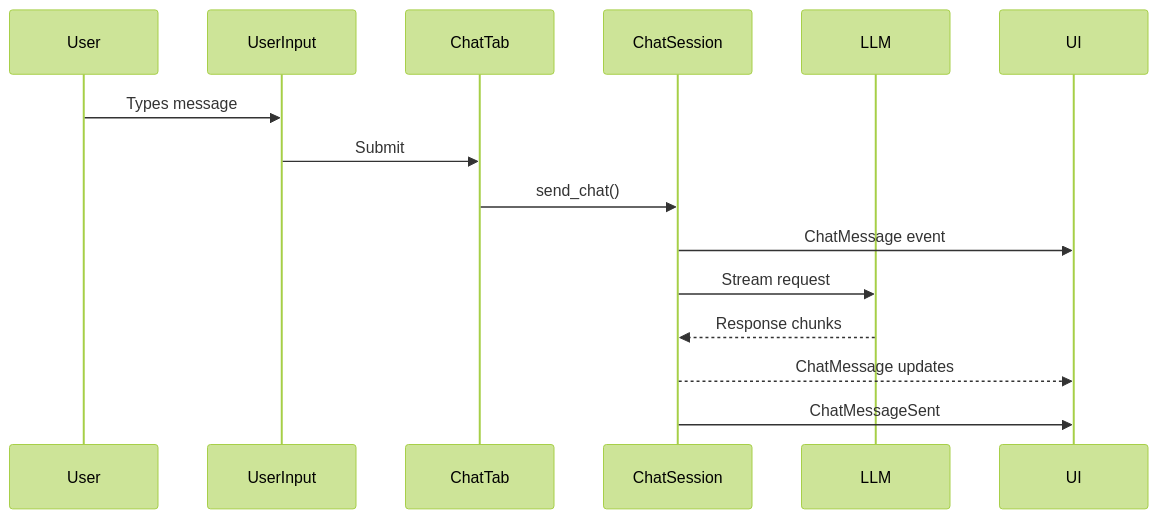
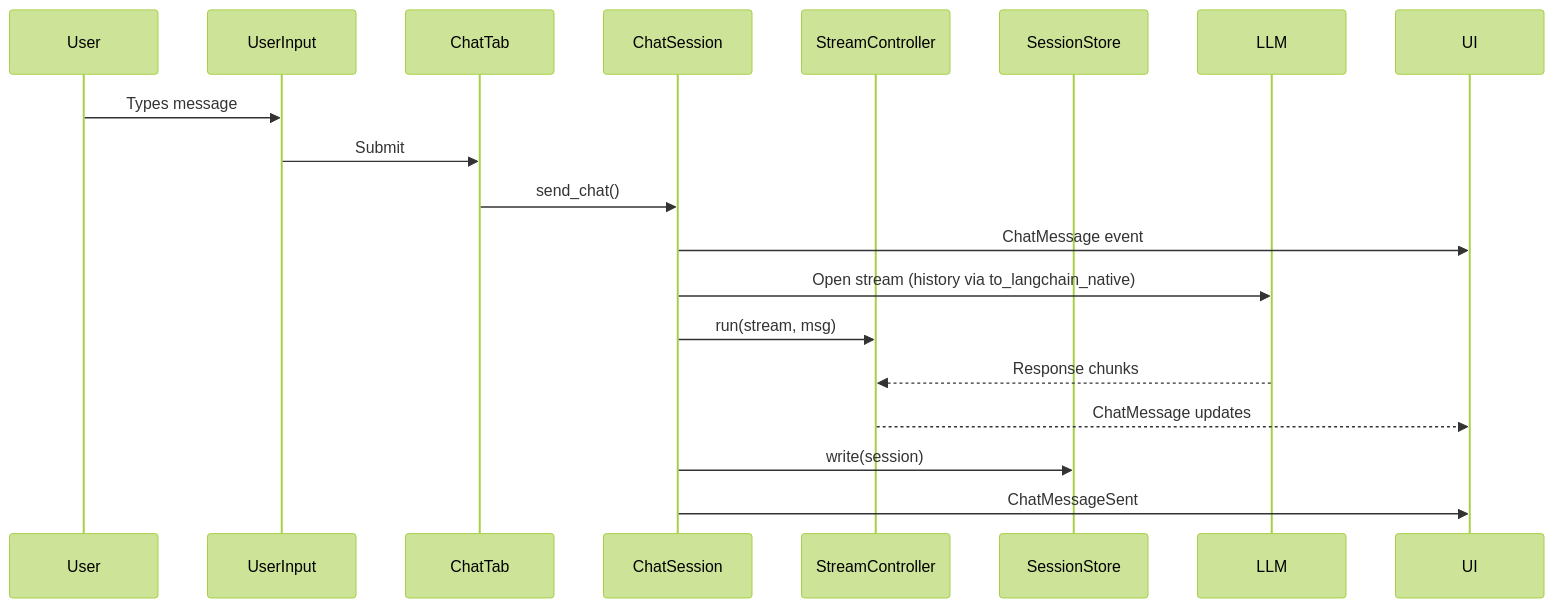
One commit to paulrobello/parllama changed the fourth of 15 diagrams in project_design.md. Above: the diagram before and after it, drawn with Mermaid (forest theme). The commit also changed other lines of this file, not shown here.

First line of the commit message:
docs(design): refresh architecture doc for current settings, chat, and attachment code

````diff
--- a/project_design.md
+++ b/project_design.md
@@ -151,18 +161,22 @@
 ```mermaid
 sequenceDiagram
     participant User
     participant UserInput
     participant ChatTab
     participant ChatSession
+    participant StreamController
+    participant SessionStore
     participant LLM
     participant UI
 
     User->>UserInput: Types message
     UserInput->>ChatTab: Submit
     ChatTab->>ChatSession: send_chat()
     ChatSession->>UI: ChatMessage event
-    ChatSession->>LLM: Stream request
-    LLM-->>ChatSession: Response chunks
-    ChatSession-->>UI: ChatMessage updates
+    ChatSession->>LLM: Open stream (history via to_langchain_native)
+    ChatSession->>StreamController: run(stream, msg)
+    LLM-->>StreamController: Response chunks
+    StreamController-->>UI: ChatMessage updates
+    ChatSession->>SessionStore: write(session)
     ChatSession->>UI: ChatMessageSent
 ```
````
